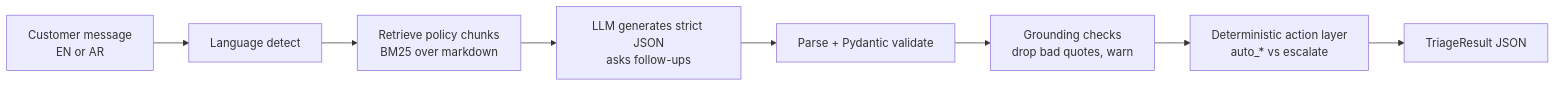
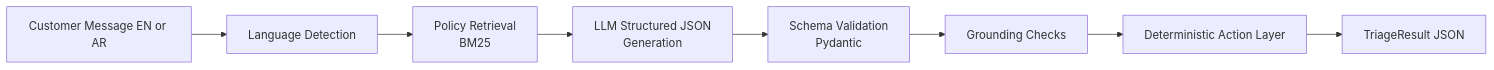
Before and after one commit to Sarthak-Developer-Coder/mumzworld-ai-returns-engine: the diagram in README.md, drawn with Mermaid.

Commit message:
Update Architecture diagram flow

````diff
--- a/README.md
+++ b/README.md
@@ -84,10 +84,10 @@
 ```mermaid
 flowchart LR
-  A[Customer message<br/>EN or AR] --> B[Language detect]
-  B --> C[Retrieve policy chunks<br/>BM25 over markdown]
-  C --> D[LLM generates strict JSON<br/>asks follow-ups]
-  D --> E[Parse + Pydantic validate]
-  E --> F[Grounding checks<br/>drop bad quotes, warn]
-  F --> G[Deterministic action layer<br/>auto_* vs escalate]
+  A[Customer Message EN or AR] --> B[Language Detection]
+  B --> C[Policy Retrieval<br/>BM25]
+  C --> D[LLM Structured JSON<br/>Generation]
+  D --> E[Schema Validation<br/>Pydantic]
+  E --> F[Grounding Checks]
+  F --> G[Deterministic Action Layer]
   G --> H[TriageResult JSON]
 ```
````
